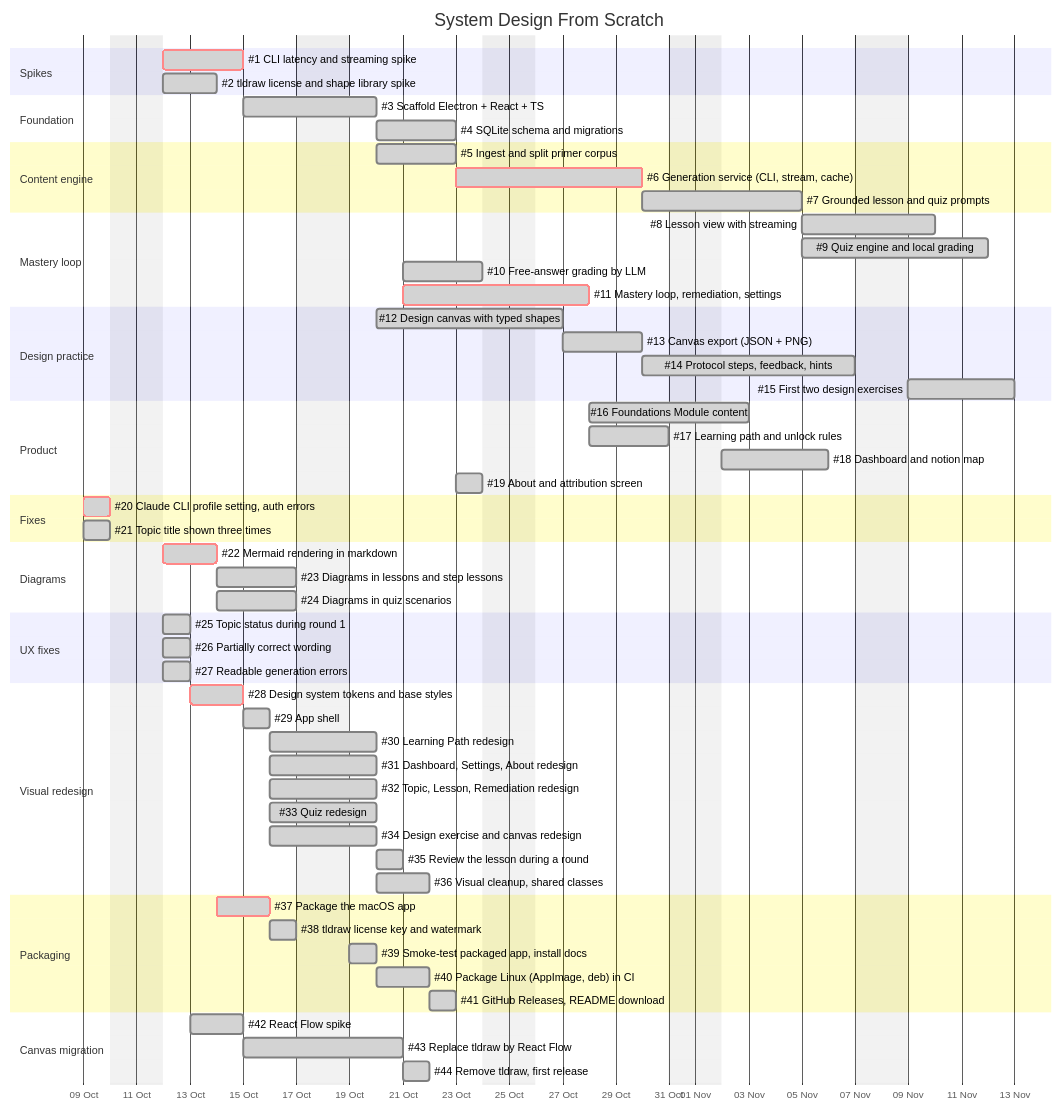
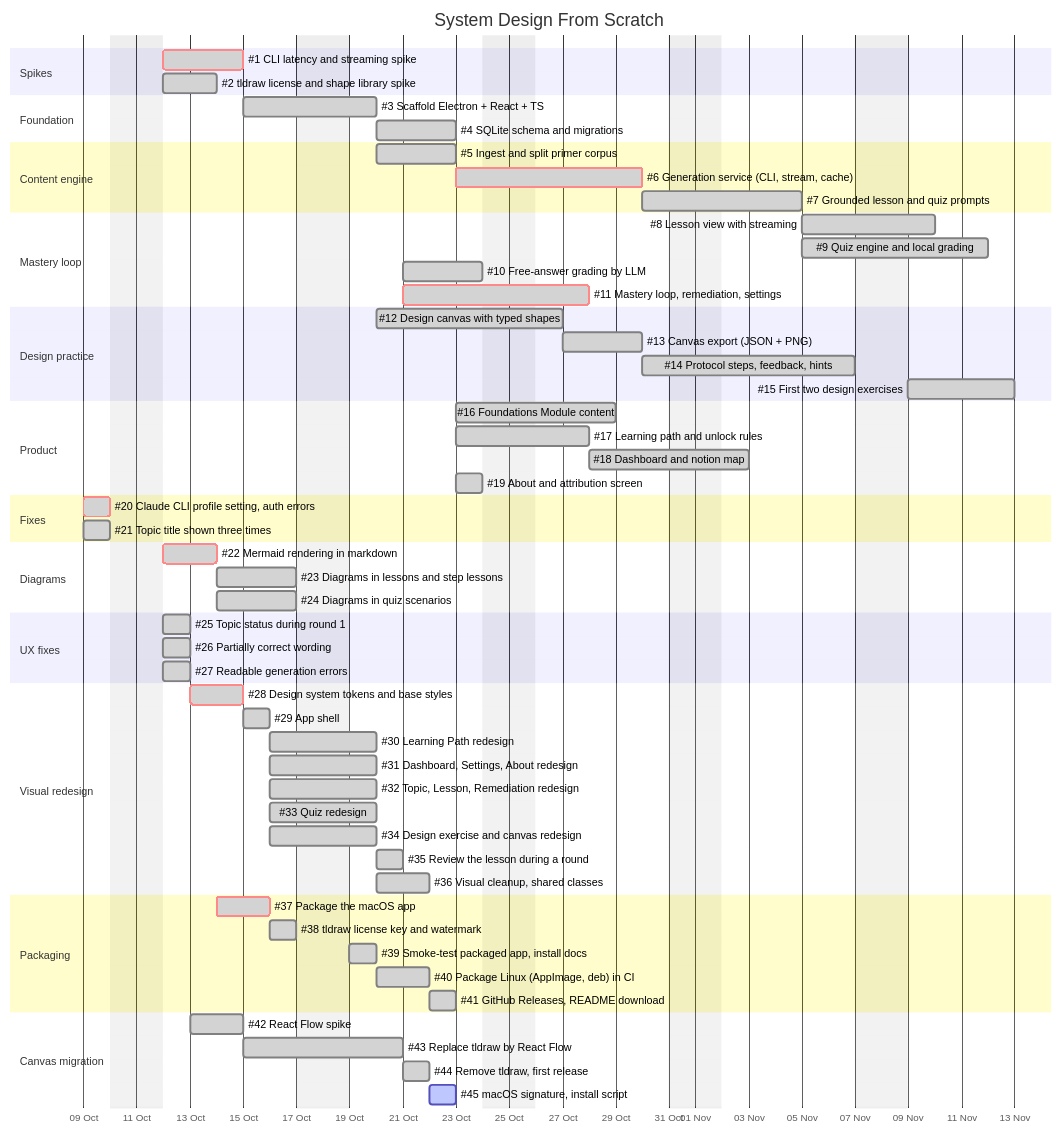
The diagram in docs/ROADMAP.md (jbclaramonte/system-design-from-scratch), drawn with Mermaid before and after one commit. The commit also changed other lines of this file and 8 other files, not shown here.

First line of the commit message:
fix: valid ad-hoc macOS signature and a no-quarantine install script

````diff
--- a/docs/ROADMAP.md
+++ b/docs/ROADMAP.md
@@ -13,75 +13,76 @@
 ```mermaid
 gantt
     title System Design From Scratch
     dateFormat YYYY-MM-DD
     excludes weekends
     axisFormat %d %b
 
     section Spikes
     #1 CLI latency and streaming spike        :done, crit, s1, 2026-10-12, 3d
     #2 tldraw license and shape library spike :done, s2, 2026-10-12, 2d
 
     section Foundation
     #3 Scaffold Electron + React + TS         :done, f1, after s1, 3d
     #4 SQLite schema and migrations           :done, f2, after f1, 3d
 
     section Content engine
     #5 Ingest and split primer corpus         :done, c1, after f1, 3d
     #6 Generation service (CLI, stream, cache):done, crit, c2, after f2, 5d
     #7 Grounded lesson and quiz prompts       :done, c3, after c1 c2, 4d
 
     section Mastery loop
     #8 Lesson view with streaming             :done, m1, after c3, 3d
     #9 Quiz engine and local grading          :done, m2, after c3, 5d
     #10 Free-answer grading by LLM            :done, m3, after m2, 3d
     #11 Mastery loop, remediation, settings   :done, crit, m4, after m1 m2, 5d
 
     section Design practice
     #12 Design canvas with typed shapes       :done, d1, after s2 f1, 5d
     #13 Canvas export (JSON + PNG)            :done, d2, after d1, 3d
     #14 Protocol steps, feedback, hints       :done, d3, after d2 m4, 6d
     #15 First two design exercises            :done, d4, after d3, 4d
 
     section Product
     #16 Foundations Module content            :done, p1, after m4, 4d
     #17 Learning path and unlock rules        :done, p2, after m4, 3d
     #18 Dashboard and notion map              :done, p3, after p2, 4d
     #19 About and attribution screen          :done, p4, after c1, 1d
 
     section Fixes
     #20 Claude CLI profile setting, auth errors :done, crit, x1, 2026-10-09, 1d
     #21 Topic title shown three times         :done, x2, 2026-10-09, 1d
 
     section Diagrams
     #22 Mermaid rendering in markdown         :done, crit, g1, 2026-10-12, 2d
     #23 Diagrams in lessons and step lessons  :done, g2, after g1, 3d
     #24 Diagrams in quiz scenarios            :done, g3, after g1, 3d
 
     section UX fixes
     #25 Topic status during round 1           :done, u1, 2026-10-12, 1d
     #26 Partially correct wording             :done, u2, 2026-10-12, 1d
     #27 Readable generation errors            :done, u3, 2026-10-12, 1d
 
     section Visual redesign
     #28 Design system tokens and base styles  :done, crit, v1, 2026-10-13, 2d
     #29 App shell                             :done, v2, after v1, 1d
     #30 Learning Path redesign                :done, v3, after v2, 2d
     #31 Dashboard, Settings, About redesign   :done, v4, after v2, 2d
     #32 Topic, Lesson, Remediation redesign   :done, v5, after v2, 2d
     #33 Quiz redesign                         :done, v6, after v2, 2d
     #34 Design exercise and canvas redesign   :done, v7, after v2, 2d
     #35 Review the lesson during a round      :done, v8, after v5, 1d
     #36 Visual cleanup, shared classes        :done, v9, after v7, 2d
 
     section Packaging
     #37 Package the macOS app                 :done, crit, k1, 2026-10-14, 2d
     #38 tldraw license key and watermark      :done, k2, after k1, 1d
     #39 Smoke-test packaged app, install docs :done, k3, after k2, 1d
     #40 Package Linux (AppImage, deb) in CI   :done, k4, after k3, 2d
     #41 GitHub Releases, README download      :done, k5, after k4, 1d
 
     section Canvas migration
     #42 React Flow spike                      :done, m1, 2026-10-13, 2d
     #43 Replace tldraw by React Flow          :done, m2, after m1, 4d
     #44 Remove tldraw, first release          :done, m3, after m2, 1d
+    #45 macOS signature, install script       :active, m4, after m3, 1d
 ```
````
